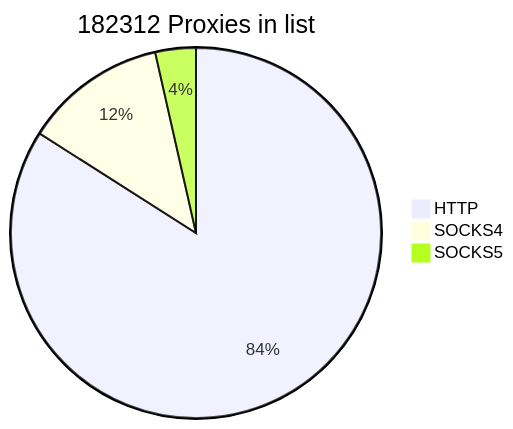
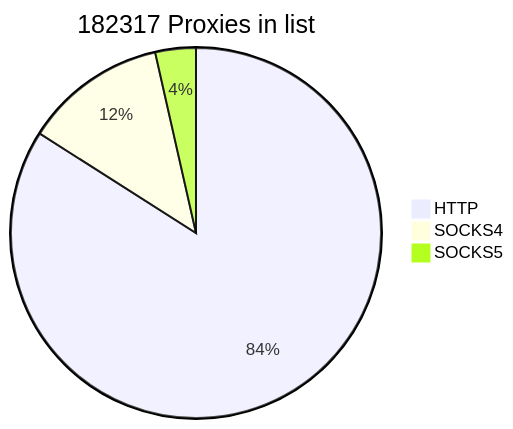
The first of 2 diagrams in README.md (cutipu/proxylist), drawn with Mermaid before and after one commit. The commit also changed other lines of this file, not shown here.

````diff
--- a/README.md
+++ b/README.md
@@ -2,7 +2,7 @@
 ```mermaid
-pie title 182312 Proxies in list
-    "HTTP" : 153177
-    "SOCKS4" : 22679
-    "SOCKS5" : 6456
+pie title 182317 Proxies in list
+    "HTTP" : 153180
+    "SOCKS4" : 22678
+    "SOCKS5" : 6459
             
 ```
````
